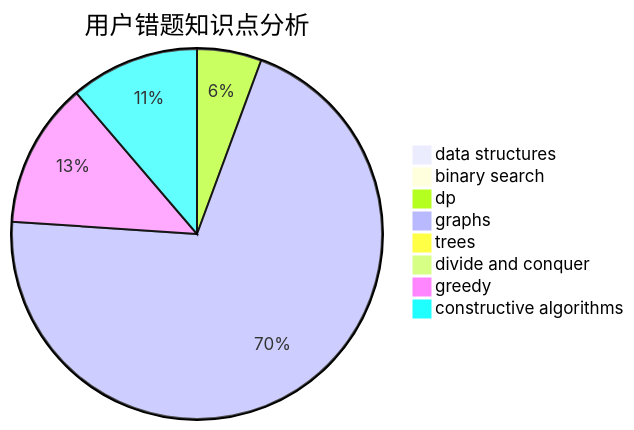
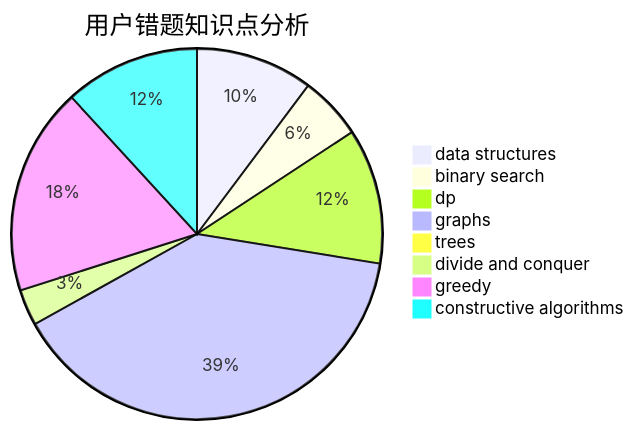
The third of 3 diagrams in docs/user/u2320.md (sherpahu/cfrs.github.io), drawn with Mermaid before and after one commit. The commit also changed other lines of this file and 2770 other files, not shown here.

````diff
--- a/docs/user/u2320.md
+++ b/docs/user/u2320.md
@@ -36,11 +36,11 @@
 ```mermaid
 pie title 用户错题知识点分析
-    "data structures" :  0
-    "binary search" :  0
-    "dp" :  4
+    "data structures" :  13
+    "binary search" :  7
+    "dp" :  15
     "graphs" :  50
     "trees" :  0
-    "divide and conquer" :  0
-    "greedy" :  9
-    "constructive algorithms" :  8
+    "divide and conquer" :  4
+    "greedy" :  23
+    "constructive algorithms" :  15
 ```
````
